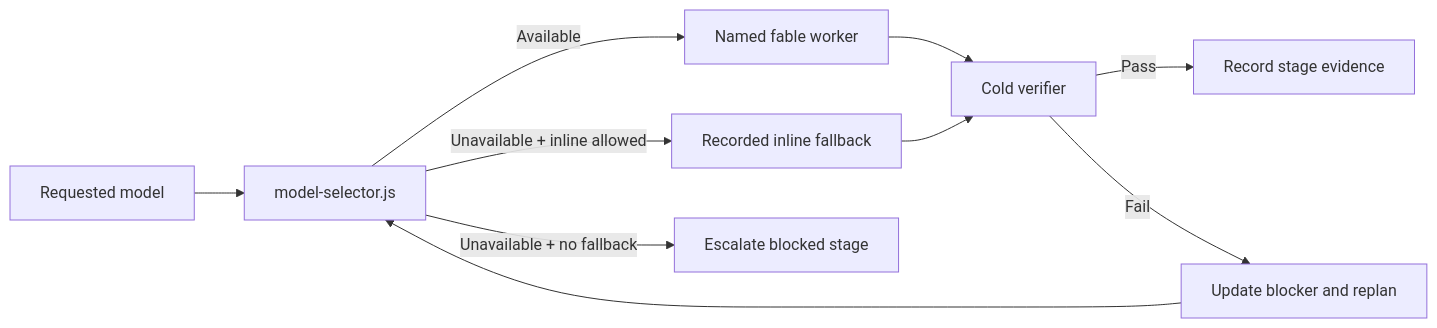
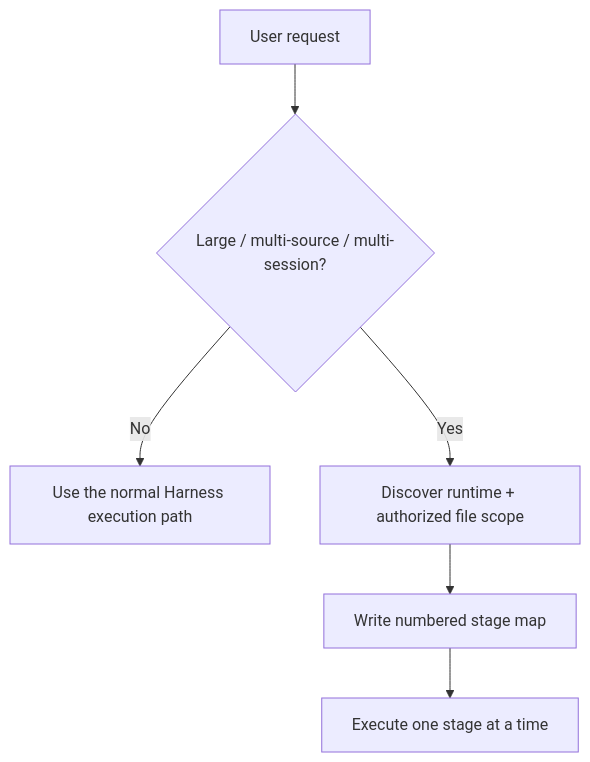
Before and after one commit to dyphn1/Harness-everything: the first of 4 diagrams in docs/workflows/fable-mode.md, drawn with Mermaid. The commit also changed other lines of this file, not shown here.

Commit message:
docs(fable): align workflow with v3 staged execution contract

````diff
--- a/docs/workflows/fable-mode.md
+++ b/docs/workflows/fable-mode.md
@@ -36,12 +11,8 @@
 ```mermaid
-flowchart LR
-  Request[Requested model] --> Select[model-selector.js]
-  Select -->|Available| Worker[Named fable worker]
-  Select -->|Unavailable + inline allowed| Fallback[Recorded inline fallback]
-  Select -->|Unavailable + no fallback| Blocked[Escalate blocked stage]
-  Worker --> Verify[Cold verifier]
-  Fallback --> Verify
-  Verify -->|Pass| Record[Record stage evidence]
-  Verify -->|Fail| Replan[Update blocker and replan]
-  Replan --> Select
+flowchart TD
+  Request[User request] --> Scope{Large / multi-source / multi-session?}
+  Scope -->|No| Normal[Use the normal Harness execution path]
+  Scope -->|Yes| Discover[Discover runtime + authorized file scope]
+  Discover --> Map[Write numbered stage map]
+  Map --> Run[Execute one stage at a time]
 ```
````
